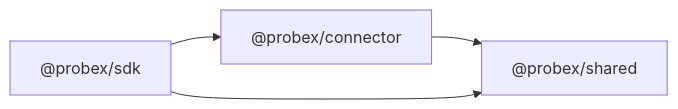
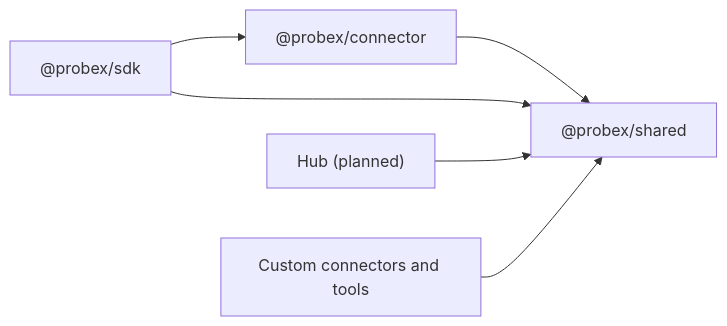
One commit to ProbeX-Platform/probex-platform changed the diagram in docs/architecture/shared.md. Above: the diagram before and after it, drawn with Mermaid. The commit also changed other lines of this file and 7 other files, not shown here.

````diff
--- a/docs/architecture/shared.md
+++ b/docs/architecture/shared.md
@@ -16,7 +21,9 @@
 ```mermaid
 flowchart LR
   shared["@probex/shared"]
   connector["@probex/connector"] --> shared
   sdk["@probex/sdk"] --> shared
   sdk --> connector
+  hub["Hub (planned)"] --> shared
+  custom["Custom connectors and tools"] --> shared
 ```
````
